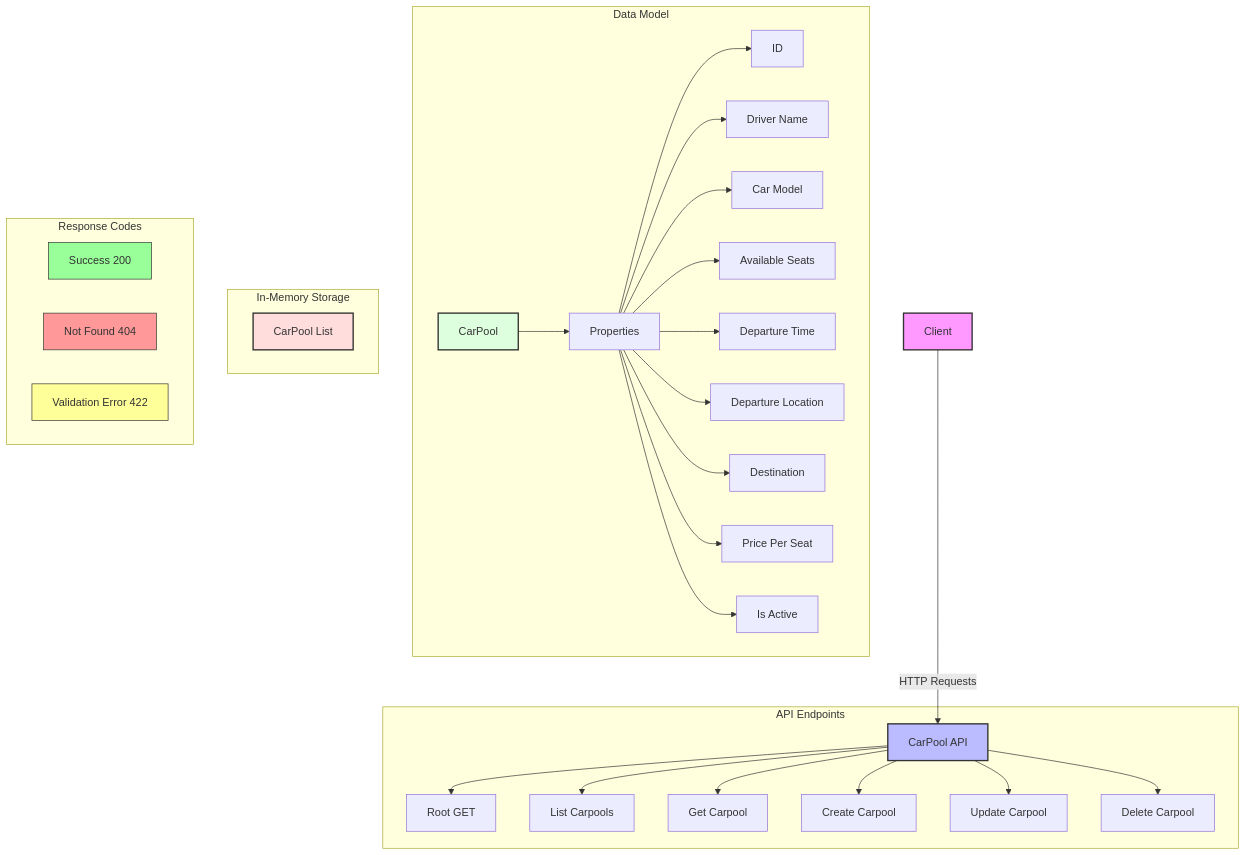
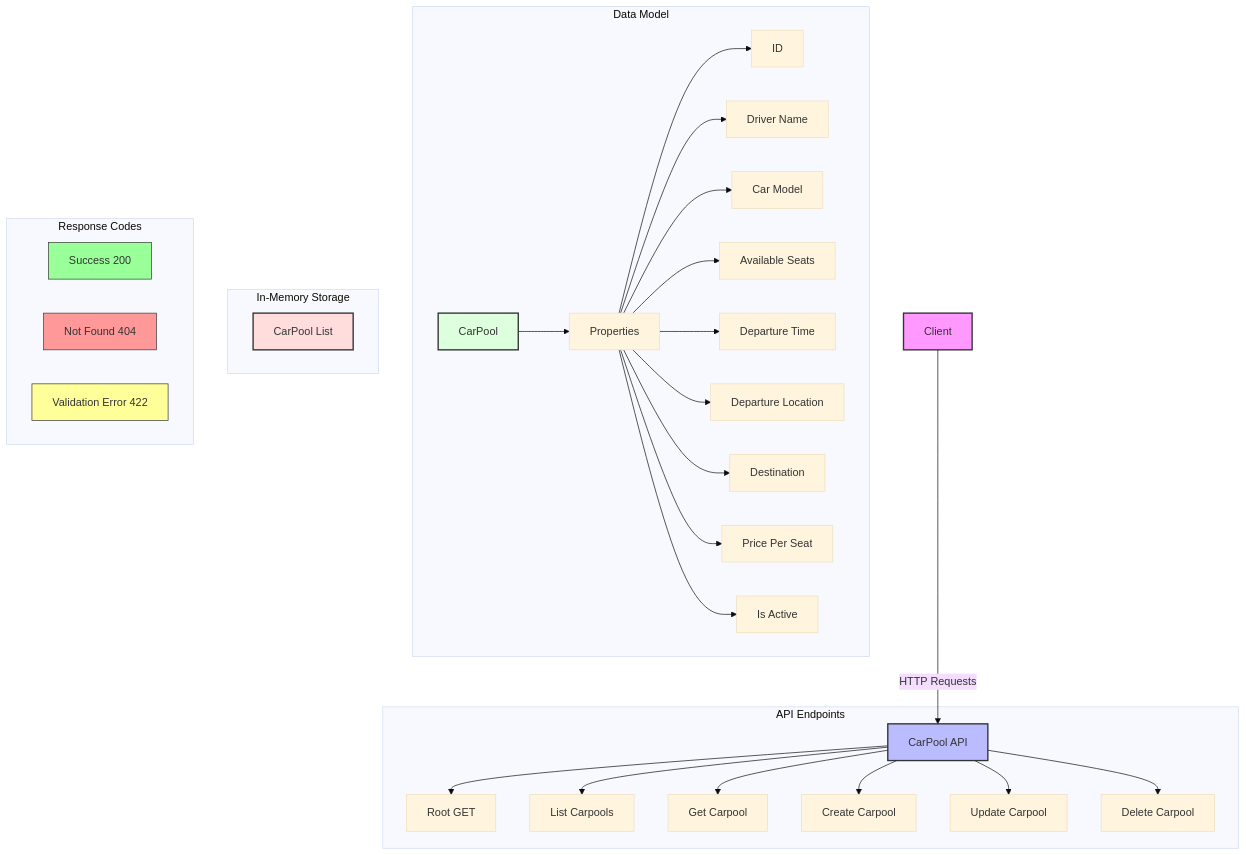
Before and after one commit to maheswarim-work/car-pool-api: the diagram in API_DIAGRAM.md, drawn with Mermaid.

Commit message:
update api diagram

````diff
--- a/API_DIAGRAM.md
+++ b/API_DIAGRAM.md
@@ -1,61 +1,62 @@
 ```mermaid
+%%{init: {'theme': 'base', 'themeVariables': { 'fontSize': '16px'}, 'themeConfig': {'fontFamily': 'arial'}}}%%
 graph TD
     A[Client] -->|HTTP Requests| B[CarPool API]
     
     subgraph API Endpoints
         C[Root GET]
         D[List Carpools]
         E[Get Carpool]
         F[Create Carpool]
         G[Update Carpool]
         H[Delete Carpool]
         B --> C
         B --> D
         B --> E
         B --> F
         B --> G
         B --> H
     end
 
     subgraph Data Model
         I[CarPool]
         J[Properties]
         K[ID]
         L[Driver Name]
         M[Car Model]
         N[Available Seats]
         O[Departure Time]
         P[Departure Location]
         Q[Destination]
         R[Price Per Seat]
         S[Is Active]
         I --> J
         J --> K
         J --> L
         J --> M
         J --> N
         J --> O
         J --> P
         J --> Q
         J --> R
         J --> S
     end
 
     subgraph In-Memory Storage
         T[CarPool List]
     end
 
     subgraph Response Codes
         U[Success 200]
         V[Not Found 404]
         W[Validation Error 422]
     end
 
     style A fill:#f9f,stroke:#333,stroke-width:2px
     style B fill:#bbf,stroke:#333,stroke-width:2px
     style I fill:#dfd,stroke:#333,stroke-width:2px
     style T fill:#fdd,stroke:#333,stroke-width:2px
     style U fill:#9f9,stroke:#333,stroke-width:1px
     style V fill:#f99,stroke:#333,stroke-width:1px
     style W fill:#ff9,stroke:#333,stroke-width:1px
 ```
````
